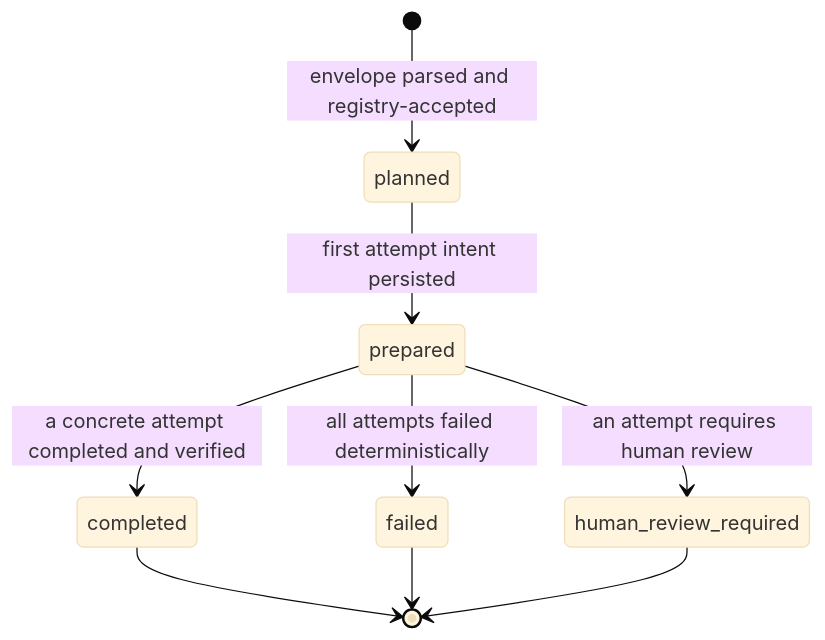
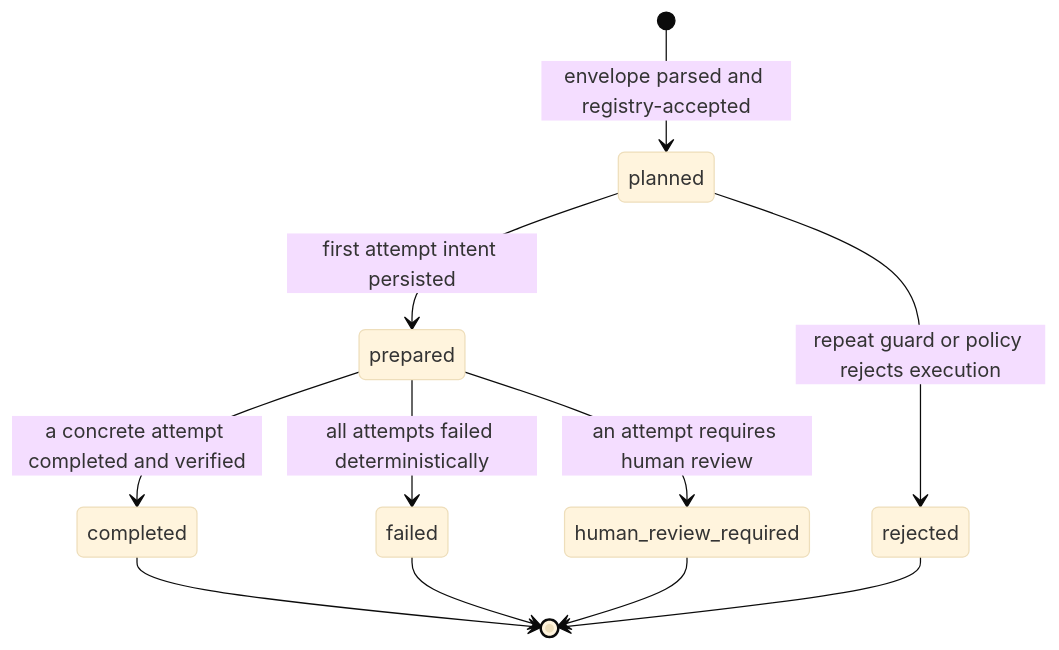
One commit to Anakyklos/Runstead changed the second of 4 diagrams in docs/adr/0001-durable-execution.md. Above: the diagram before and after it, drawn with Mermaid (base theme). The commit also changed other lines of this file, not shown here.

First line of the commit message:
docs(adr): resolve review on durable execution contract

````diff
--- a/docs/adr/0001-durable-execution.md
+++ b/docs/adr/0001-durable-execution.md
@@ -154,11 +169,13 @@
 ```mermaid
 stateDiagram-v2
     [*] --> planned: envelope parsed and registry-accepted
     planned --> prepared: first attempt intent persisted
+    planned --> rejected: repeat guard or policy rejects execution
     prepared --> completed: a concrete attempt completed and verified
     prepared --> failed: all attempts failed deterministically
     prepared --> human_review_required: an attempt requires human review
     completed --> [*]
     failed --> [*]
+    rejected --> [*]
     human_review_required --> [*]
 ```
````
